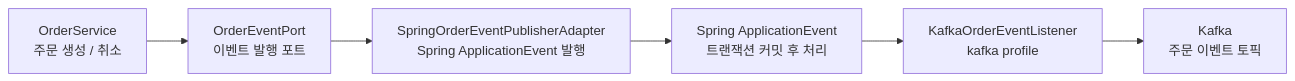
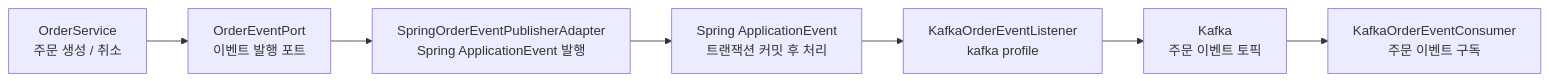
Before and after one commit to dongyongChoi/toy-commerce-platform: the third of 3 diagrams in README.md, drawn with Mermaid. The commit also changed other lines of this file and 6 other files, not shown here.

Commit message:
feat: Kafka 주문 이벤트 구독 추가

````diff
--- a/README.md
+++ b/README.md
@@ -81,8 +81,9 @@
 ```mermaid
 flowchart LR
     OrderService["OrderService<br/>주문 생성 / 취소"] --> EventPort["OrderEventPort<br/>이벤트 발행 포트"]
     EventPort --> SpringEventAdapter["SpringOrderEventPublisherAdapter<br/>Spring ApplicationEvent 발행"]
     SpringEventAdapter --> SpringEvent["Spring ApplicationEvent<br/>트랜잭션 커밋 후 처리"]
     SpringEvent --> KafkaListener["KafkaOrderEventListener<br/>kafka profile"]
     KafkaListener --> Kafka["Kafka<br/>주문 이벤트 토픽"]
+    Kafka --> KafkaConsumer["KafkaOrderEventConsumer<br/>주문 이벤트 구독"]
 ```
````
